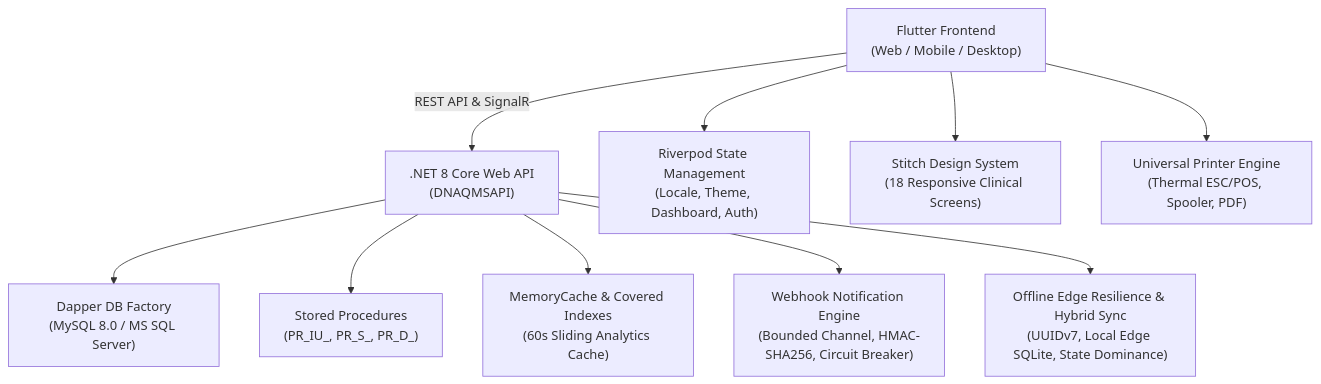
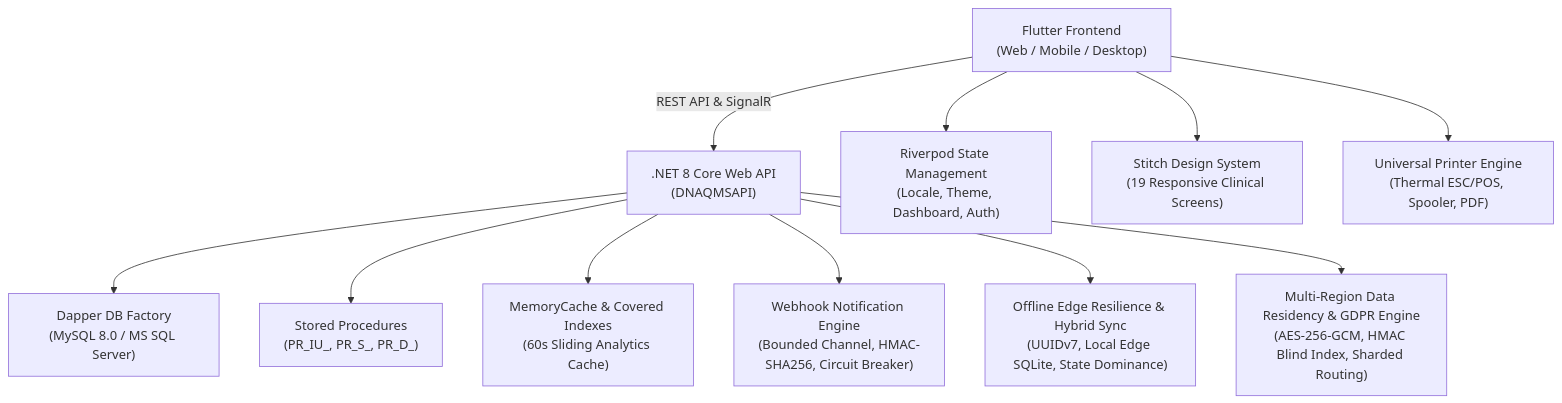
Before and after one commit to ikdevops2021-blip/EnterpriseCoreWebApi: the diagram in docs/PROJECT_STATUS_REPORT.md, drawn with Mermaid. The commit also changed other lines of this file and 30 other files, not shown here.

First line of the commit message:
feat(privacy,gdpr): implement Multi-Region Data Residency, AES-256-GCM Encryption, and GDPR Article 17/20 Engine end-to-end

````diff
--- a/docs/PROJECT_STATUS_REPORT.md
+++ b/docs/PROJECT_STATUS_REPORT.md
@@ -22,12 +22,13 @@
 ```mermaid
 graph TD
     A["Flutter Frontend<br/>(Web / Mobile / Desktop)"] -->|REST API & SignalR| B[".NET 8 Core Web API<br/>(DNAQMSAPI)"]
     B --> C["Dapper DB Factory<br/>(MySQL 8.0 / MS SQL Server)"]
     B --> D["Stored Procedures<br/>(PR_IU_, PR_S_, PR_D_)"]
     B --> E["MemoryCache & Covered Indexes<br/>(60s Sliding Analytics Cache)"]
     A --> F["Riverpod State Management<br/>(Locale, Theme, Dashboard, Auth)"]
-    A --> G["Stitch Design System<br/>(18 Responsive Clinical Screens)"]
+    A --> G["Stitch Design System<br/>(19 Responsive Clinical Screens)"]
     A --> H["Universal Printer Engine<br/>(Thermal ESC/POS, Spooler, PDF)"]
     B --> I["Webhook Notification Engine<br/>(Bounded Channel, HMAC-SHA256, Circuit Breaker)"]
     B --> J["Offline Edge Resilience & Hybrid Sync<br/>(UUIDv7, Local Edge SQLite, State Dominance)"]
+    B --> K["Multi-Region Data Residency & GDPR Engine<br/>(AES-256-GCM, HMAC Blind Index, Sharded Routing)"]
 ```
````
